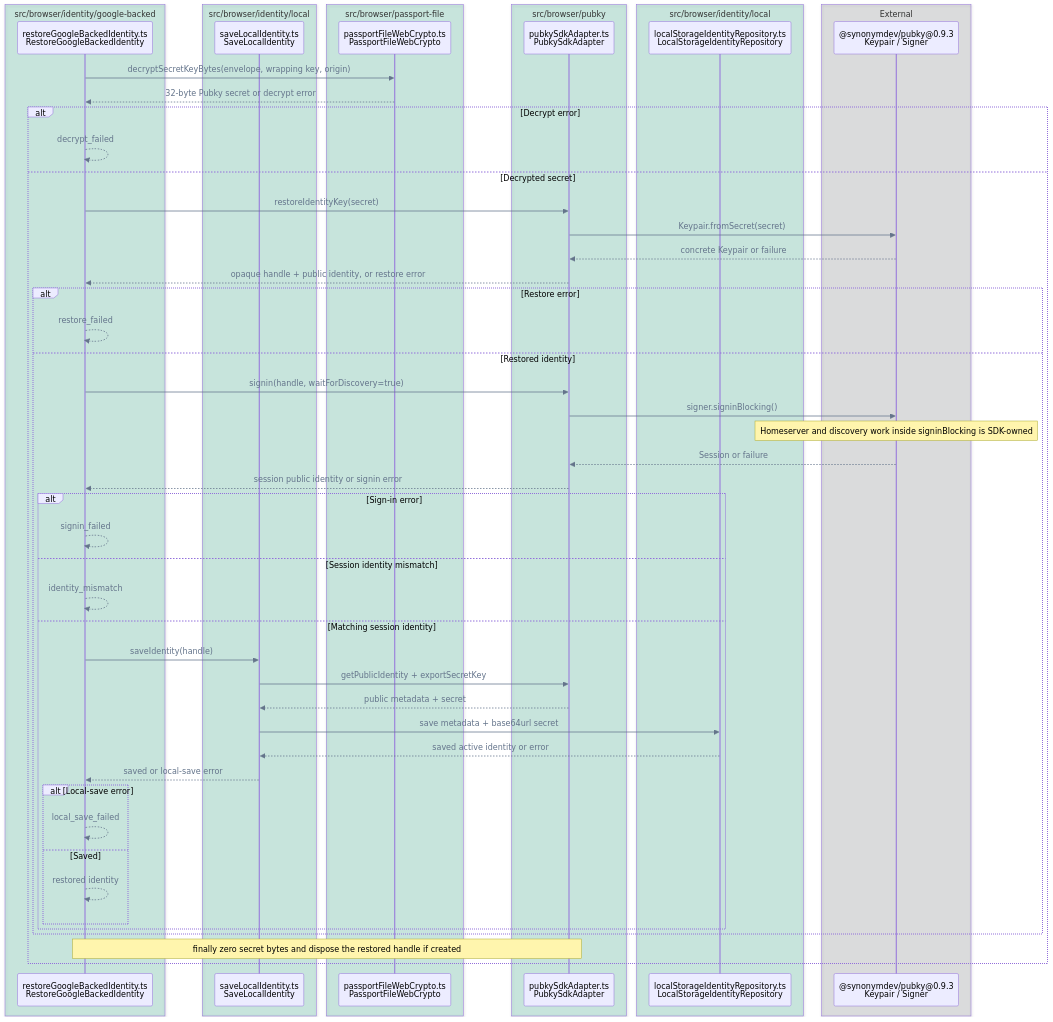
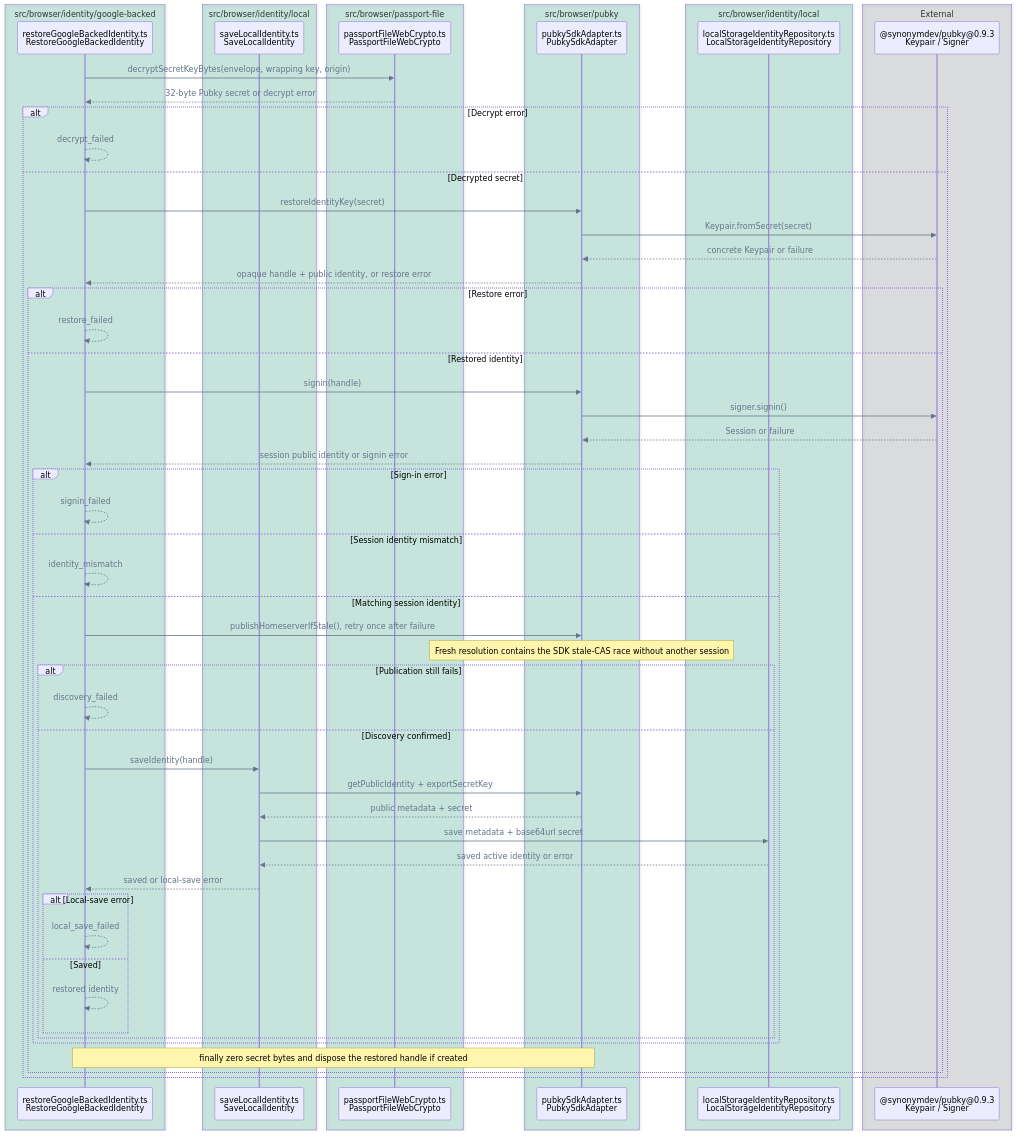
The ninth of 14 diagrams in FLOWS.md (pubky/pubky-passport), drawn with Mermaid before and after one commit. The commit also changed other lines of this file and 21 other files, not shown here.

````diff
--- a/FLOWS.md
+++ b/FLOWS.md
@@ -444,62 +444,67 @@
 ```mermaid
 %%{init: {"themeVariables": {"signalColor": "#64748B", "signalTextColor": "#64748B"}}}%%
 sequenceDiagram
     accTitle: Existing identity restore call flow
     accDescr: Browser crypto decrypts the Passport file envelope, PubkySdkAdapter signs in with the restored key, and only a matching activated Pubky identity is saved locally; failures stop before later stages and cleanup runs after decryption succeeds.
     box rgba(0, 158, 115, 0.18) src/browser/identity/google-backed
         participant Restore as restoreGoogleBackedIdentity.ts<br/>RestoreGoogleBackedIdentity
     end
     box rgba(0, 158, 115, 0.18) src/browser/identity/local
         participant Local as saveLocalIdentity.ts<br/>SaveLocalIdentity
     end
     box rgba(0, 158, 115, 0.18) src/browser/passport-file
         participant Crypto as passportFileWebCrypto.ts<br/>PassportFileWebCrypto
     end
     box rgba(0, 158, 115, 0.18) src/browser/pubky
         participant Pubky as pubkySdkAdapter.ts<br/>PubkySdkAdapter
     end
     box rgba(0, 158, 115, 0.18) src/browser/identity/local
         participant Repo as localStorageIdentityRepository.ts<br/>LocalStorageIdentityRepository
     end
     box rgba(17, 24, 39, 0.12) External
         participant SDK as @synonymdev/pubky@0.9.3<br/>Keypair / Signer
     end
 
     Restore->>Crypto: decryptSecretKeyBytes(envelope, wrapping key, origin)
     Crypto-->>Restore: 32-byte Pubky secret or decrypt error
     alt Decrypt error
         Restore-->>Restore: decrypt_failed
     else Decrypted secret
         Restore->>Pubky: restoreIdentityKey(secret)
         Pubky->>SDK: Keypair.fromSecret(secret)
         SDK-->>Pubky: concrete Keypair or failure
         Pubky-->>Restore: opaque handle + public identity, or restore error
         alt Restore error
             Restore-->>Restore: restore_failed
         else Restored identity
-            Restore->>Pubky: signin(handle, waitForDiscovery=true)
-            Pubky->>SDK: signer.signinBlocking()
-            Note over SDK: Homeserver and discovery work inside signinBlocking is SDK-owned
+            Restore->>Pubky: signin(handle)
+            Pubky->>SDK: signer.signin()
             SDK-->>Pubky: Session or failure
             Pubky-->>Restore: session public identity or signin error
             alt Sign-in error
                 Restore-->>Restore: signin_failed
             else Session identity mismatch
                 Restore-->>Restore: identity_mismatch
             else Matching session identity
-                Restore->>Local: saveIdentity(handle)
+                Restore->>Pubky: publishHomeserverIfStale(), retry once after failure
+                Note over Pubky: Fresh resolution contains the SDK stale-CAS race without another session
+                alt Publication still fails
+                    Restore-->>Restore: discovery_failed
+                else Discovery confirmed
+                    Restore->>Local: saveIdentity(handle)
                 Local->>Pubky: getPublicIdentity + exportSecretKey
                 Pubky-->>Local: public metadata + secret
                 Local->>Repo: save metadata + base64url secret
                 Repo-->>Local: saved active identity or error
                 Local-->>Restore: saved or local-save error
                 alt Local-save error
                     Restore-->>Restore: local_save_failed
                 else Saved
                     Restore-->>Restore: restored identity
                 end
             end
         end
         Note over Restore,Pubky: finally zero secret bytes and dispose the restored handle if created
     end
+    end
 ```
````
